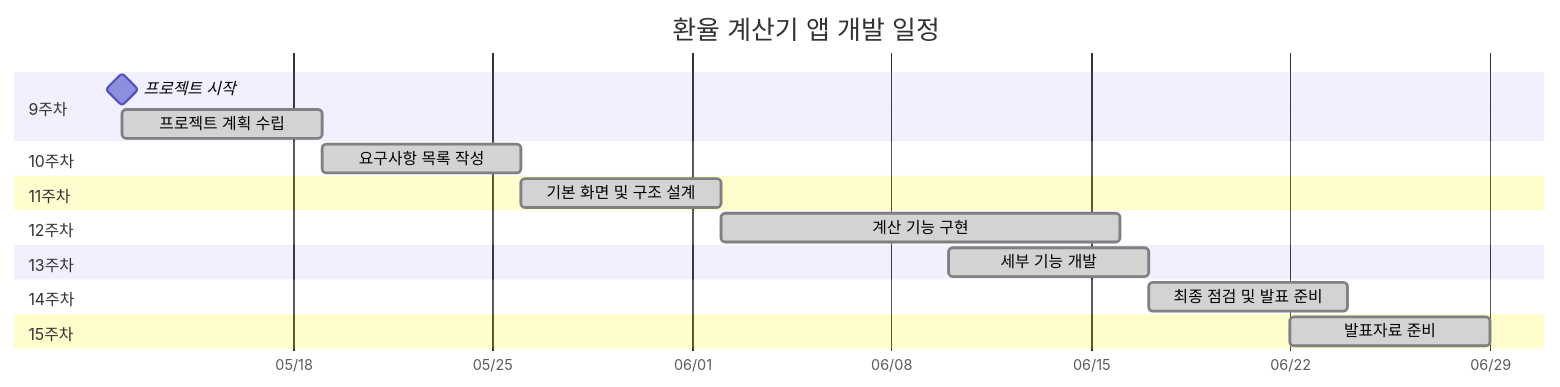
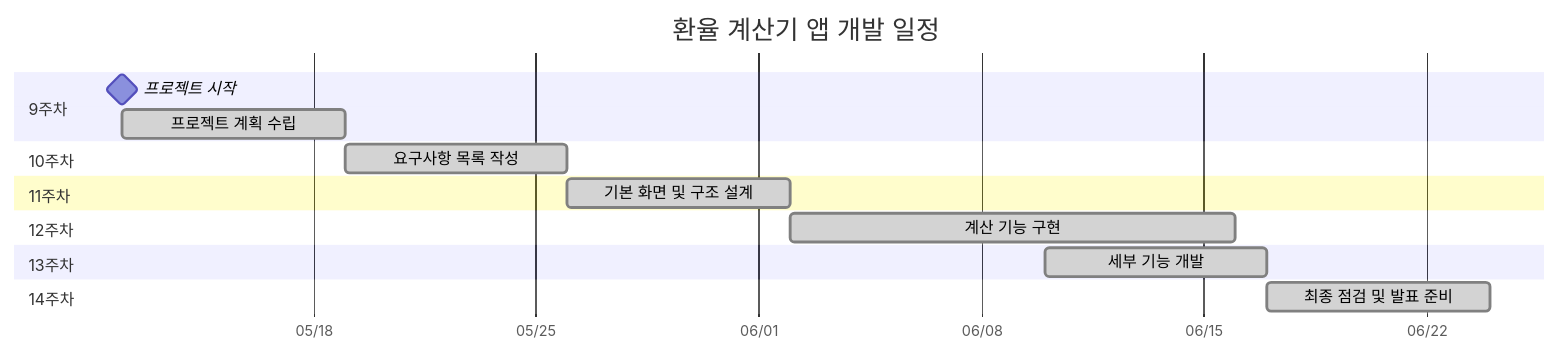
The diagram in 앱 만들어보기/프로젝트 계획서 3.2.md (Park-M-S/Android-learn), drawn with Mermaid before and after one commit.

Commit message:
Update 프로젝트 계획서 3.2.md

````diff
--- a/앱 만들어보기/프로젝트 계획서 3.2.md
+++ b/앱 만들어보기/프로젝트 계획서 3.2.md
@@ -111,27 +111,25 @@
 ```mermaid
 gantt
     title 환율 계산기 앱 개발 일정
     dateFormat  YYYY-MM-DD
     axisFormat  %m/%d
     section 9주차
     프로젝트 시작            :milestone, 2025-05-12, 0d
     프로젝트 계획 수립    :done, 2025-05-12, 7d
     
     section 10주차
     요구사항 목록 작성        :done, 2025-05-19, 7d
     
     section 11주차
     기본 화면 및 구조 설계    :done, 2025-05-26, 7d
     
     section 12주차
     계산 기능 구현       :done, 2025-06-02, 14d
     
     section 13주차
     세부 기능 개발       :done, 2025-06-10, 7d
     
     section 14주차
     최종 점검 및 발표 준비    :done, 2025-06-17, 7d
 
-    section 15주차
-    발표자료 준비        :done, 2025-06-22, 7d 
 ```
````
